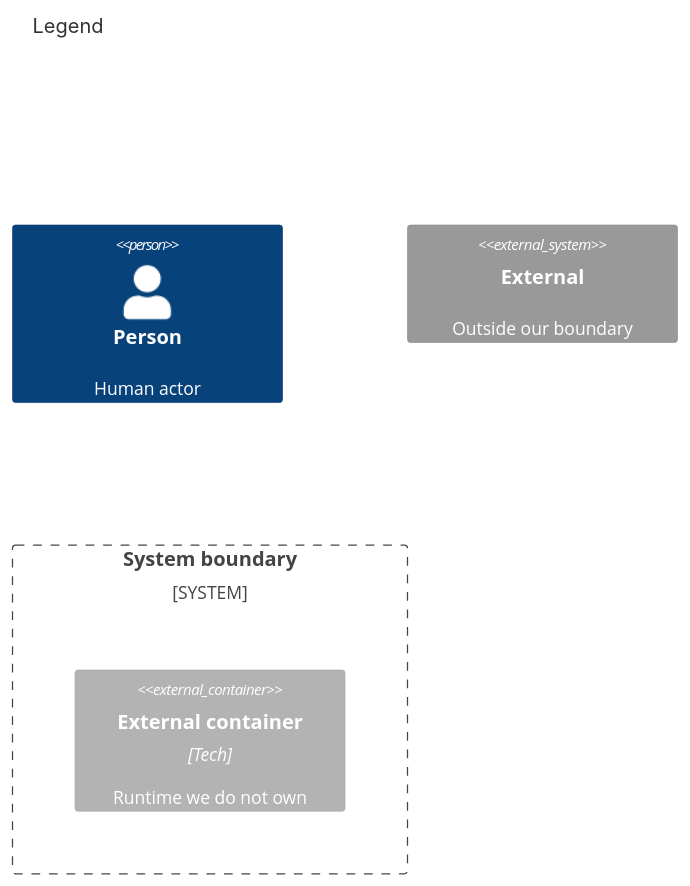
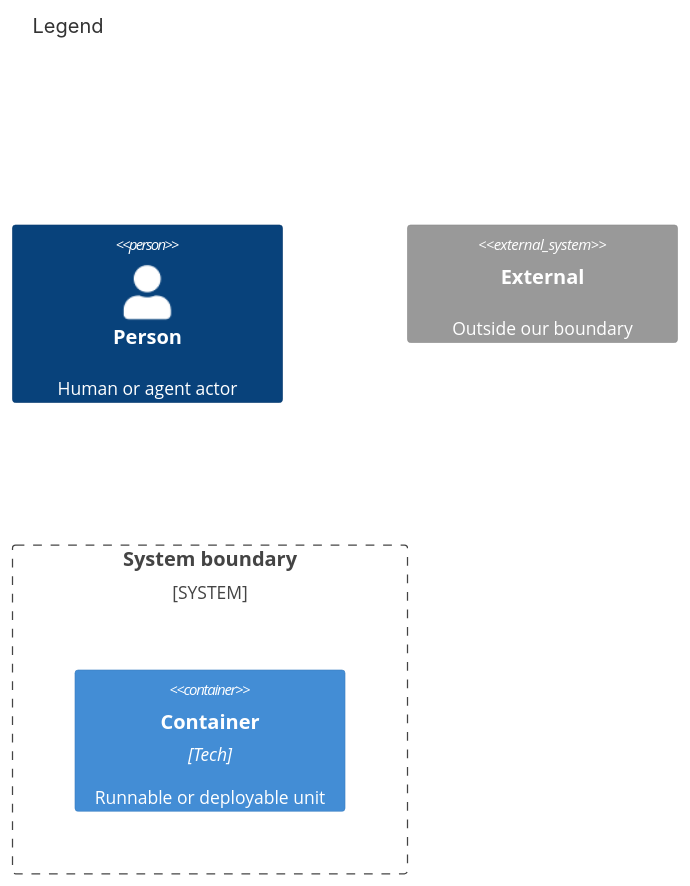
The second of 2 diagrams in docs/architecture/02-containers.md (may-journal/Stratum-Observability), drawn with Mermaid before and after one commit. The commit also changed other lines of this file and 9 other files, not shown here.

First line of the commit message:
docs(architecture): conform the five views to fitness-runner's templates

````diff
--- a/docs/architecture/02-containers.md
+++ b/docs/architecture/02-containers.md
@@ -29,10 +31,10 @@
 ```mermaid
 C4Container
     title Legend
 
-    Person(p, "Person", "Human actor")
+    Person(p, "Person", "Human or agent actor")
     System_Boundary(b, "System boundary") {
-        Container_Ext(c, "External container", "Tech", "Runtime we do not own")
+        Container(c, "Container", "Tech", "Runnable or deployable unit")
     }
     System_Ext(e, "External", "Outside our boundary")
 ```
````
